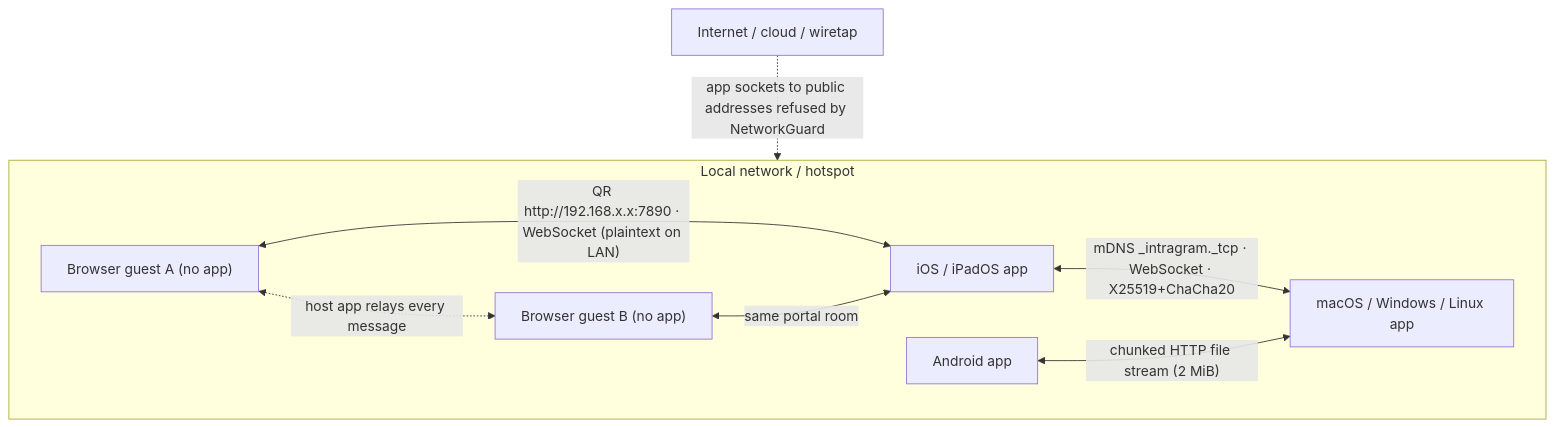
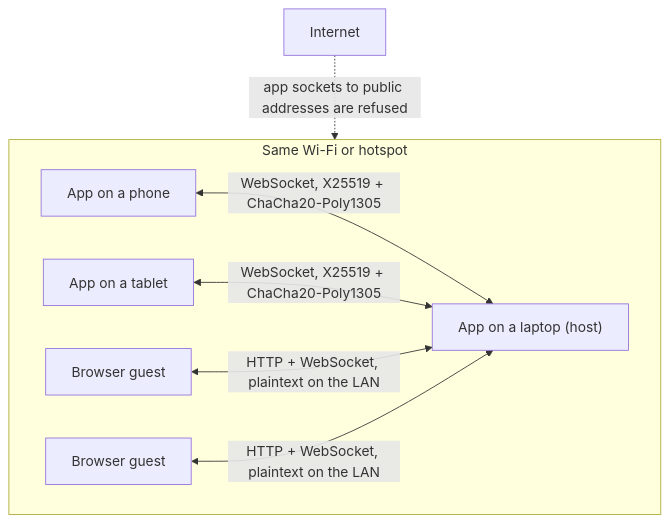
The first of 2 diagrams in README.md (gnoyx2/IntraGram), drawn with Mermaid before and after one commit. The commit also changed other lines of this file, not shown here.

````diff
--- a/README.md
+++ b/README.md
@@ -150,18 +142,17 @@
 ```mermaid
 graph TD
-    subgraph LAN["Local network / hotspot"]
-        iOS["iOS / iPadOS app"]
-        Android["Android app"]
-        Desktop["macOS / Windows / Linux app"]
-        Web1["Browser guest A (no app)"]
-        Web2["Browser guest B (no app)"]
+    subgraph LAN["Same Wi-Fi or hotspot"]
+        Phone["App on a phone"]
+        Laptop["App on a laptop (host)"]
+        Tablet["App on a tablet"]
+        Guest1["Browser guest"]
+        Guest2["Browser guest"]
 
-        iOS <-->|"mDNS _intragram._tcp · WebSocket · X25519+ChaCha20"| Desktop
-        Android <-->|"chunked HTTP file stream (2 MiB)"| Desktop
-        Web1 <-->|"QR http://192.168.x.x:7890 · WebSocket (plaintext on LAN)"| iOS
-        Web2 <-->|"same portal room"| iOS
-        Web1 <-.->|"host app relays every message"| Web2
+        Phone <-->|"WebSocket, X25519 + ChaCha20-Poly1305"| Laptop
+        Tablet <-->|"WebSocket, X25519 + ChaCha20-Poly1305"| Laptop
+        Guest1 <-->|"HTTP + WebSocket, plaintext on the LAN"| Laptop
+        Guest2 <-->|"HTTP + WebSocket, plaintext on the LAN"| Laptop
     end
 
-    WAN["Internet / cloud / wiretap"] -.->|"app sockets to public addresses refused by NetworkGuard"| LAN
+    WAN["Internet"] -.->|"app sockets to public addresses are refused"| LAN
 ```
````
